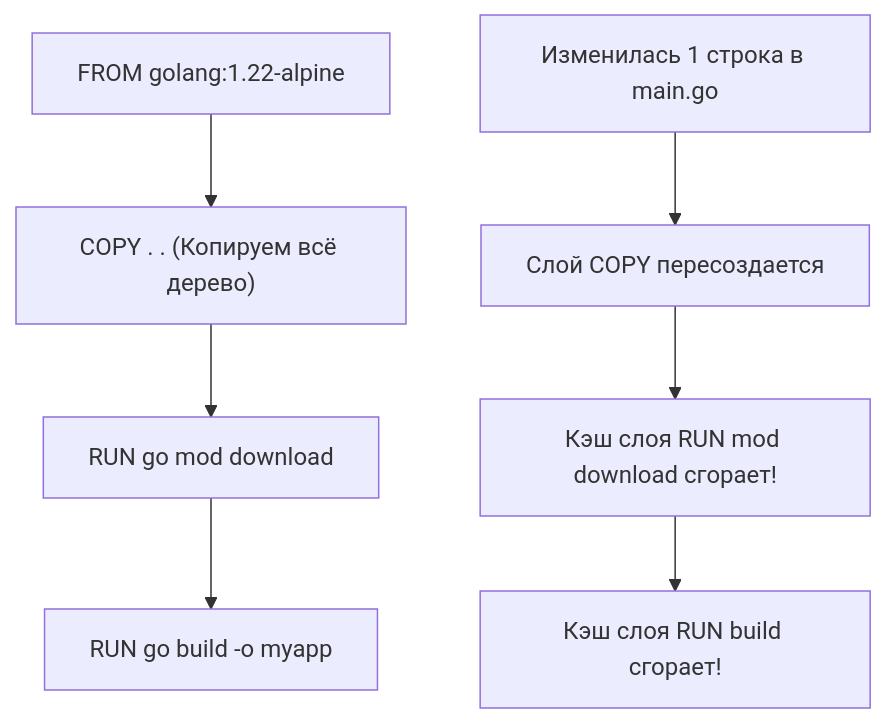
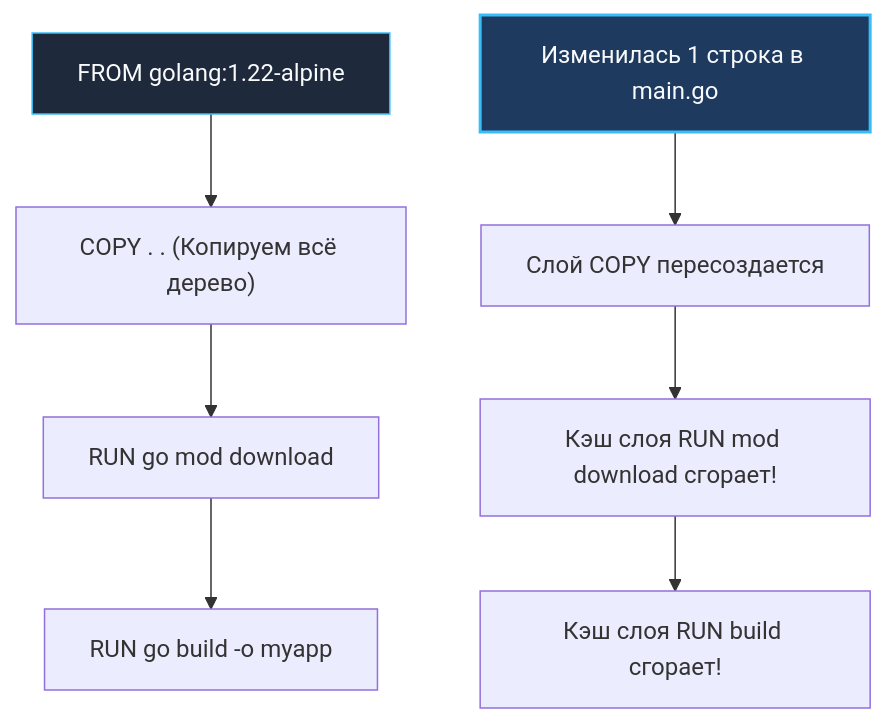
The diagram in sources/19. Инфраструктура. Linux, nginx, Docker, Kubernetes/03. Docker/2. Dockerfile best practices.md (UnrealTemplier/go-textbook), drawn with Mermaid before and after one commit. The commit also changed 1666 other files, not shown here.

First line of the commit message:
feat(mermaid): add semantic color classDef to 1369 colorless flowchart/graph diagrams

````diff
--- a/sources/19. Инфраструктура. Linux, nginx, Docker, Kubernetes/03. Docker/2. Dockerfile best practices.md
+++ b/sources/19. Инфраструктура. Linux, nginx, Docker, Kubernetes/03. Docker/2. Dockerfile best practices.md
@@ -17,10 +17,20 @@
 ```mermaid
 flowchart TD
-    A["FROM golang:1.22-alpine"] --> B["COPY . . (Копируем всё дерево)"]
+    classDef process  fill:#1e293b,stroke:#38bdf8,stroke-width:1px,color:#f8fafc
+    classDef success  fill:#064e3b,stroke:#34d399,stroke-width:1px,color:#f8fafc
+    classDef error    fill:#7f1d1d,stroke:#f87171,stroke-width:1px,color:#f8fafc
+    classDef warning  fill:#78350f,stroke:#fbbf24,stroke-width:1px,color:#f8fafc
+    classDef entry    fill:#1e3a5f,stroke:#38bdf8,stroke-width:2px,color:#f8fafc
+    classDef aux      fill:#334155,stroke:#64748b,stroke-width:1px,color:#f8fafc
+    classDef system   fill:#312e81,stroke:#a78bfa,stroke-width:1px,color:#f8fafc
+    classDef data     fill:#132d29,stroke:#2dd4bf,stroke-width:1px,color:#f8fafc
+    classDef network  fill:#881337,stroke:#fb7185,stroke-width:1px,color:#f8fafc
+    classDef accent   fill:#1e1b4b,stroke:#818cf8,stroke-width:1px,color:#f8fafc
+    A["FROM golang:1.22-alpine"]:::process --> B["COPY . . (Копируем всё дерево)"]
     B --> C["RUN go mod download"]
     C --> D["RUN go build -o myapp"]
     
-    E["Изменилась 1 строка в main.go"] --> F["Слой COPY пересоздается"]
+    E["Изменилась 1 строка в main.go"]:::entry --> F["Слой COPY пересоздается"]
     F --> G["Кэш слоя RUN mod download сгорает!"]
     G --> H["Кэш слоя RUN build сгорает!"]
 ```
````
